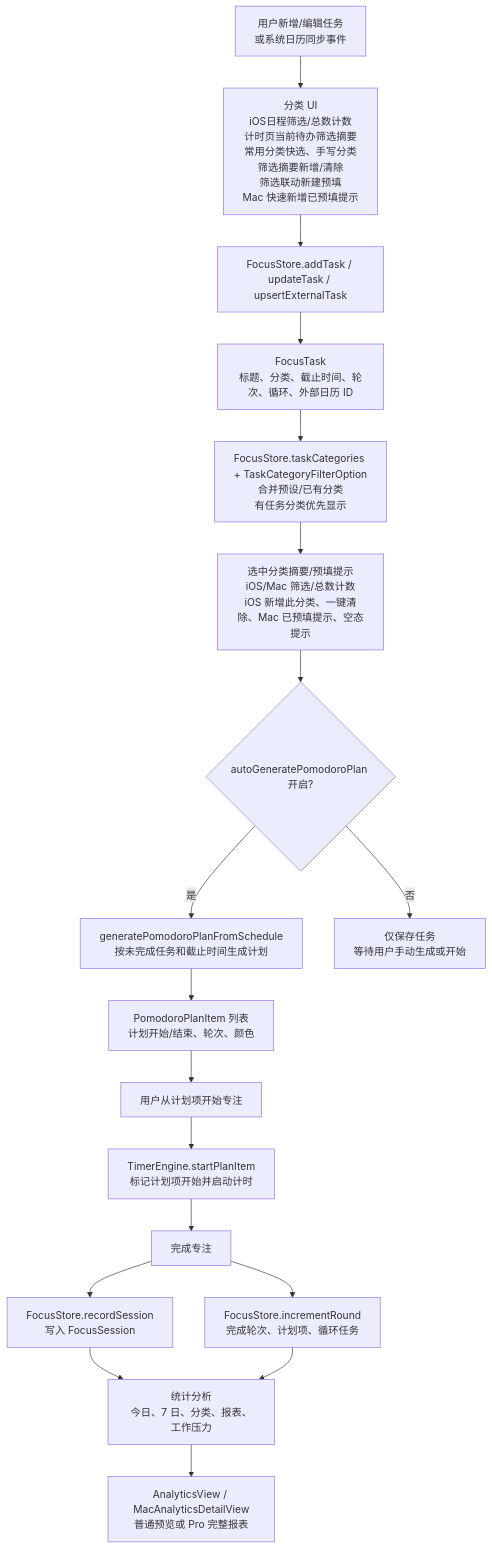
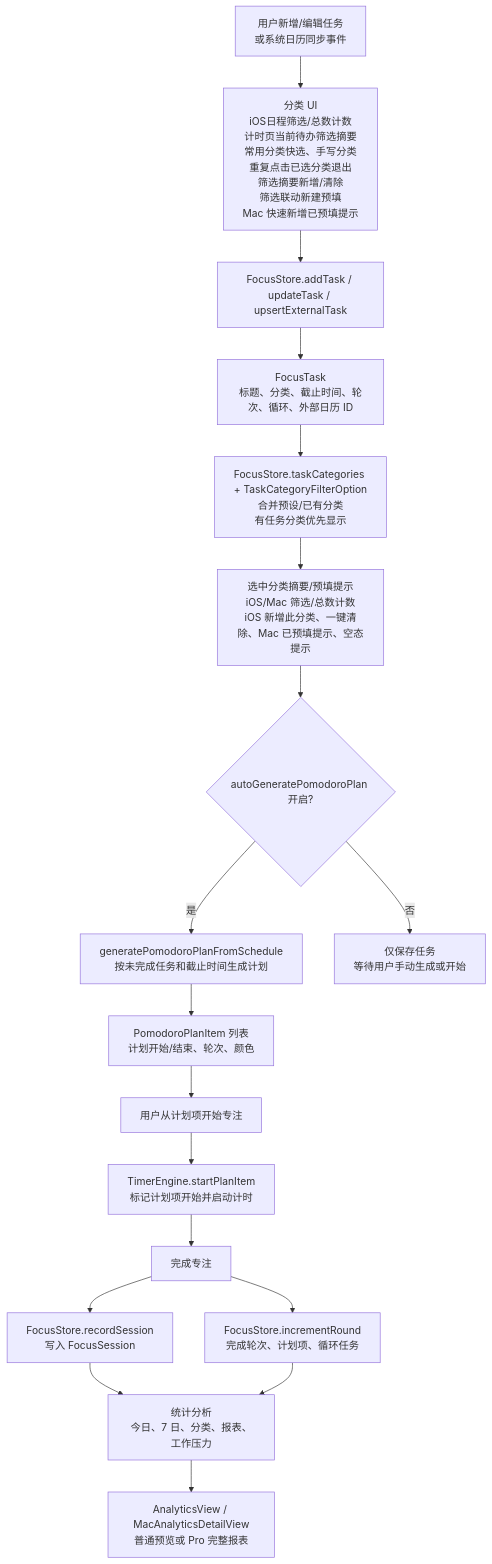
One commit to Altman-sam114/114 changed the third of 6 diagrams in md/flow/flowchart.md. Above: the diagram before and after it, drawn with Mermaid. The commit also changed other lines of this file and 10 other files, not shown here.

````diff
--- a/md/flow/flowchart.md
+++ b/md/flow/flowchart.md
@@ -63,20 +63,20 @@
 ```mermaid
 flowchart TD
-  A["用户新增/编辑任务<br/>或系统日历同步事件"] --> P0["分类 UI<br/>iOS日程筛选/总数计数<br/>计时页当前待办筛选摘要<br/>常用分类快选、手写分类<br/>筛选摘要新增/清除<br/>筛选联动新建预填<br/>Mac 快速新增已预填提示"]
+  A["用户新增/编辑任务<br/>或系统日历同步事件"] --> P0["分类 UI<br/>iOS日程筛选/总数计数<br/>计时页当前待办筛选摘要<br/>常用分类快选、手写分类<br/>重复点击已选分类退出<br/>筛选摘要新增/清除<br/>筛选联动新建预填<br/>Mac 快速新增已预填提示"]
   P0 --> B["FocusStore.addTask / updateTask / upsertExternalTask"]
   B --> C["FocusTask<br/>标题、分类、截止时间、轮次、循环、外部日历 ID"]
   C --> C2["FocusStore.taskCategories + TaskCategoryFilterOption<br/>合并预设/已有分类<br/>有任务分类优先显示"]
   C2 --> C3["选中分类摘要/预填提示<br/>iOS/Mac 筛选/总数计数<br/>iOS 新增此分类、一键清除、Mac 已预填提示、空态提示"]
   C3 --> D{"autoGeneratePomodoroPlan 开启?"}
   D -->|是| E["generatePomodoroPlanFromSchedule<br/>按未完成任务和截止时间生成计划"]
   D -->|否| F["仅保存任务<br/>等待用户手动生成或开始"]
   E --> G["PomodoroPlanItem 列表<br/>计划开始/结束、轮次、颜色"]
   G --> H["用户从计划项开始专注"]
   H --> I["TimerEngine.startPlanItem<br/>标记计划项开始并启动计时"]
   I --> J["完成专注"]
   J --> K["FocusStore.incrementRound<br/>完成轮次、计划项、循环任务"]
   J --> L["FocusStore.recordSession<br/>写入 FocusSession"]
   L --> M["统计分析<br/>今日、7 日、分类、报表、工作压力"]
   K --> M
   M --> N["AnalyticsView / MacAnalyticsDetailView<br/>普通预览或 Pro 完整报表"]
 ```
````
